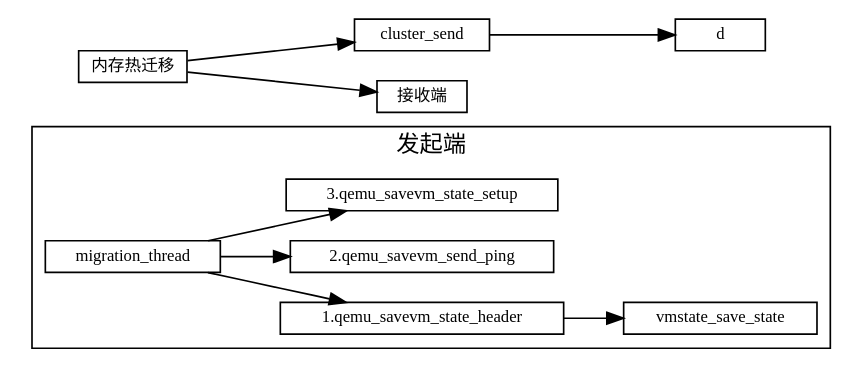
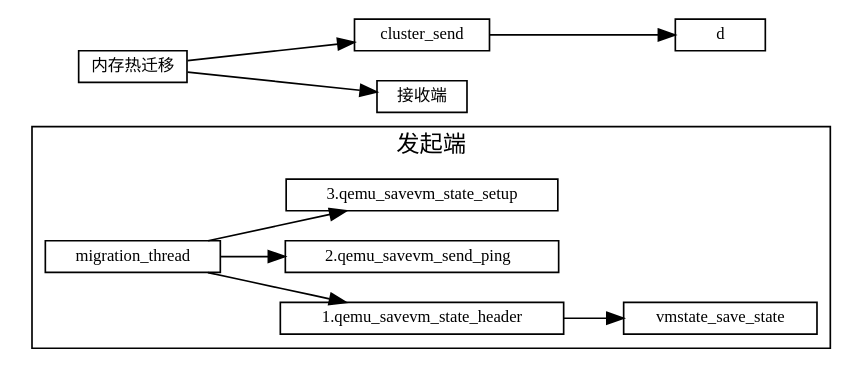
The diagram in 虚拟化/热迁移/1-内存热迁移.md (sisyphus1212/note), drawn with Graphviz before and after one commit.

Commit message:
auto_update

````diff
--- a/虚拟化/热迁移/1-内存热迁移.md
+++ b/虚拟化/热迁移/1-内存热迁移.md
@@ -11,23 +11,23 @@
 ```graphviz
 digraph 热迁移 {
 fontname="Helvetica,Arial,sans-serif"
 //node [fontname="Helvetica,Arial,sans-serif"]
 //edge [fontname="Helvetica,Arial,sans-serif"]
 rankdir="LR"
 node [fontsize=10, shape=box, height=0.25]
 edge [fontsize=10]
 
   subgraph cluster_send {
     label="发起端";
     migration_thread -> "1.qemu_savevm_state_header" -> vmstate_save_state;
-    migration_thread -> "2.qemu_savevm_send_ping";
+    migration_thread -> "2.qemu_savevm_send_ping  ";
     migration_thread -> "3.qemu_savevm_state_setup";
   }
 
 内存热迁移 [label="内存热迁移"]
 内存热迁移 -> cluster_send
            -> d
 
 内存热迁移 -> 接收端
 }
 ```
````
